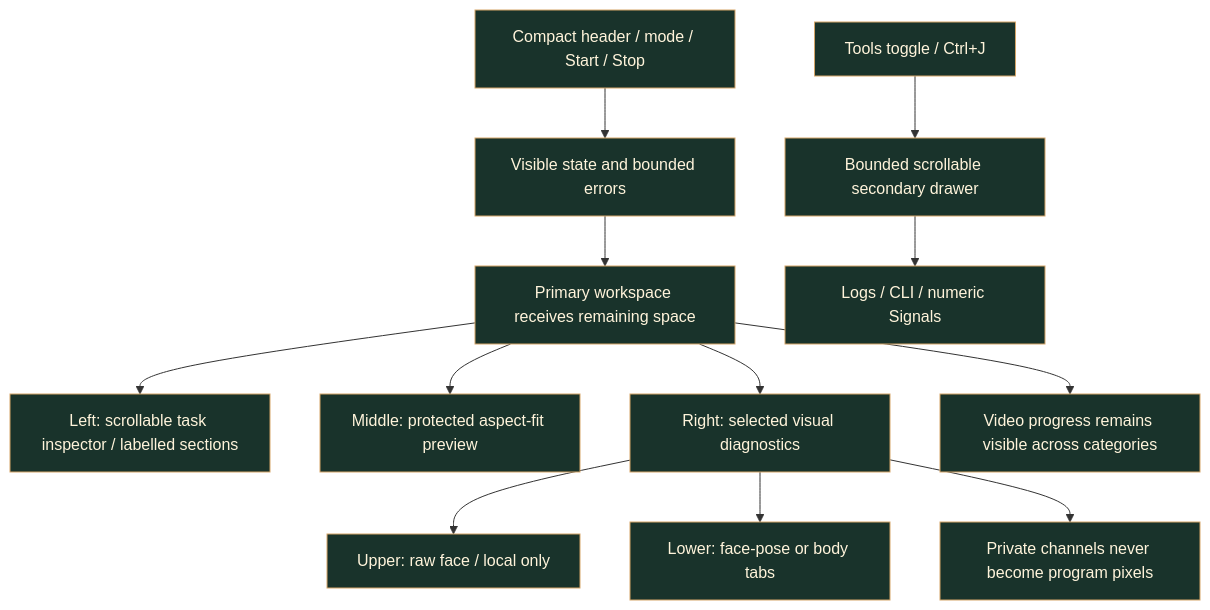
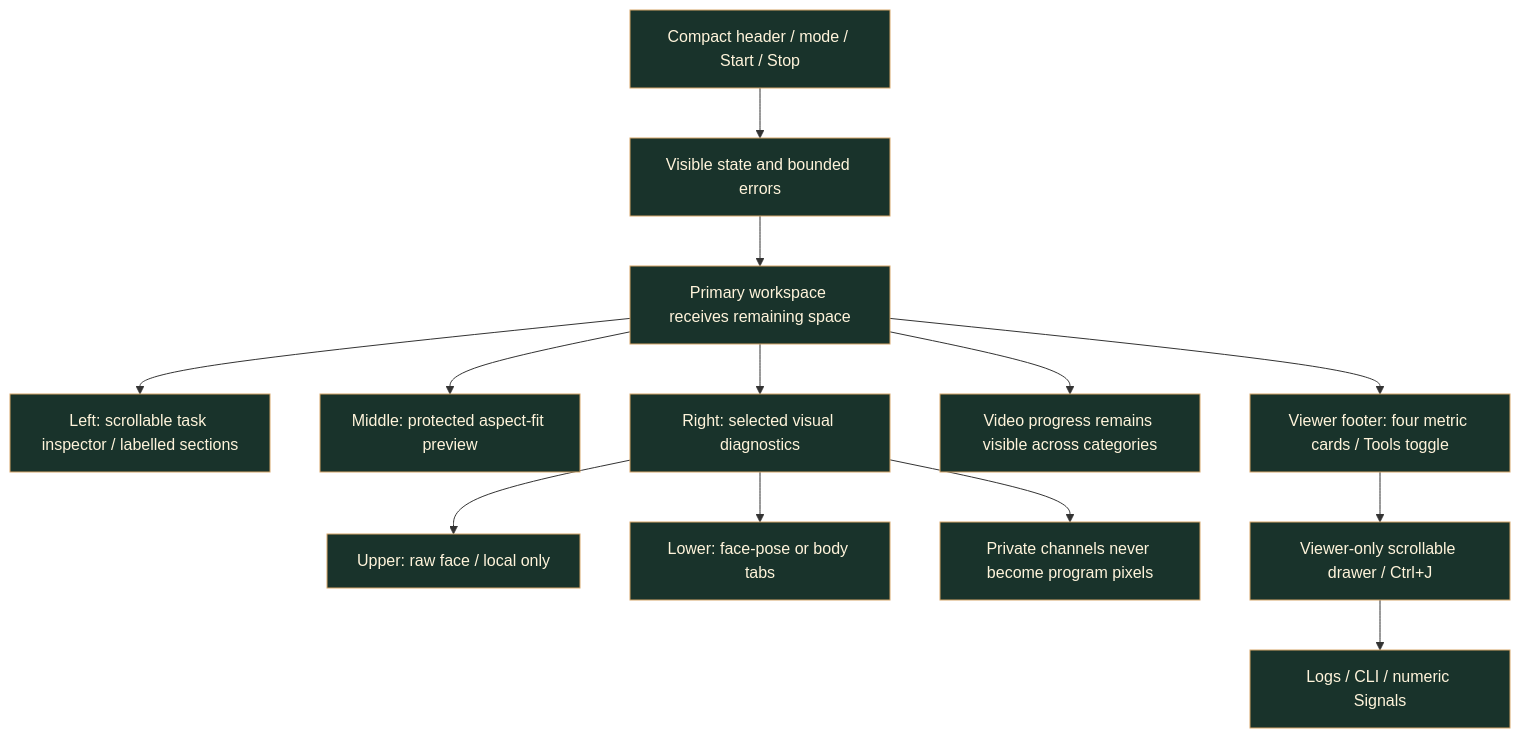
One commit to Zanark/KardboardCode-VTuber changed the second of 3 diagrams in docs/09-desktop-studio/runtime-architecture.md. Above: the diagram before and after it, drawn with Mermaid. The commit also changed other lines of this file and 23 other files, not shown here.

First line of the commit message:
docs: showcase the restored metric-card footer in v1.2.3

````diff
--- a/docs/09-desktop-studio/runtime-architecture.md
+++ b/docs/09-desktop-studio/runtime-architecture.md
@@ -90,15 +93,16 @@
 ```mermaid
 flowchart TD
     Header["Compact header / mode / Start / Stop"] --> Status["Visible state and bounded errors"]
     Status --> Work["Primary workspace receives remaining space"]
     Work --> Inspector["Left: scrollable task inspector / labelled sections"]
     Work --> Viewer["Middle: protected aspect-fit preview"]
     Work --> Rail["Right: selected visual diagnostics"]
     Rail --> Raw["Upper: raw face / local only"]
     Rail --> Tracking["Lower: face-pose or body tabs"]
     Work --> Progress["Video progress remains visible across categories"]
-    Optional["Tools toggle / Ctrl+J"] --> Drawer["Bounded scrollable secondary drawer"]
+    Work --> Footer["Viewer footer: four metric cards / Tools toggle"]
+    Footer --> Drawer["Viewer-only scrollable drawer / Ctrl+J"]
     Drawer --> Tabs["Logs / CLI / numeric Signals"]
     Rail --> Separate["Private channels never become program pixels"]
     classDef default fill:#19332b,stroke:#d5a568,color:#fff4db
 ```
````
